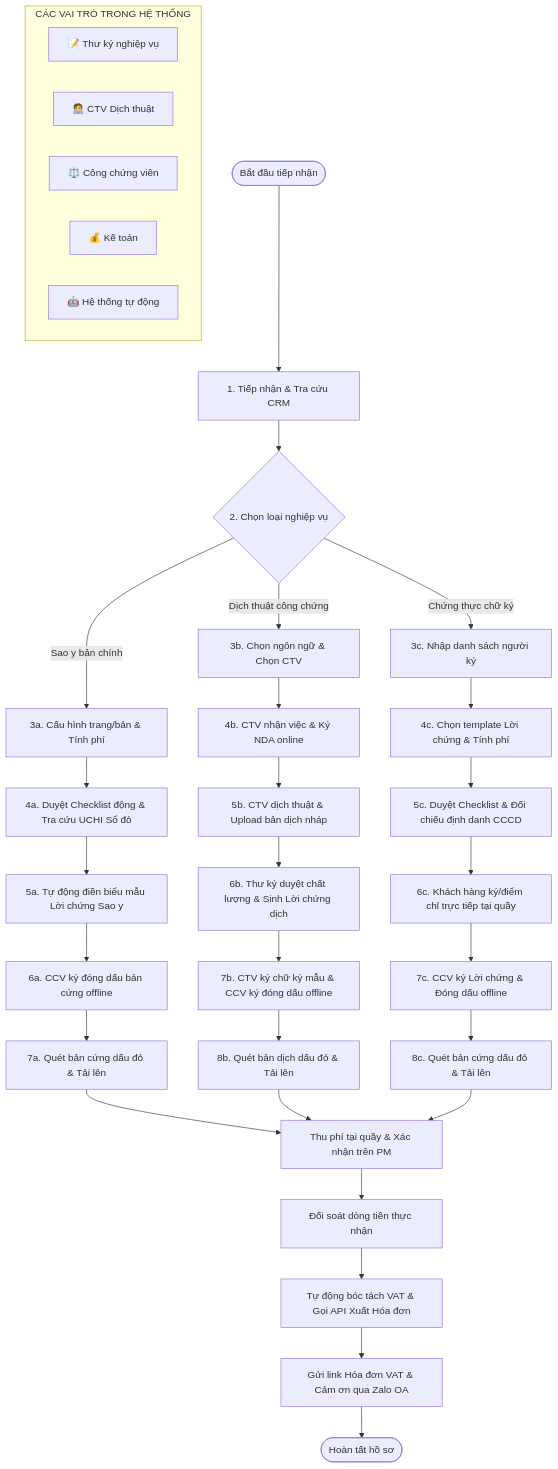
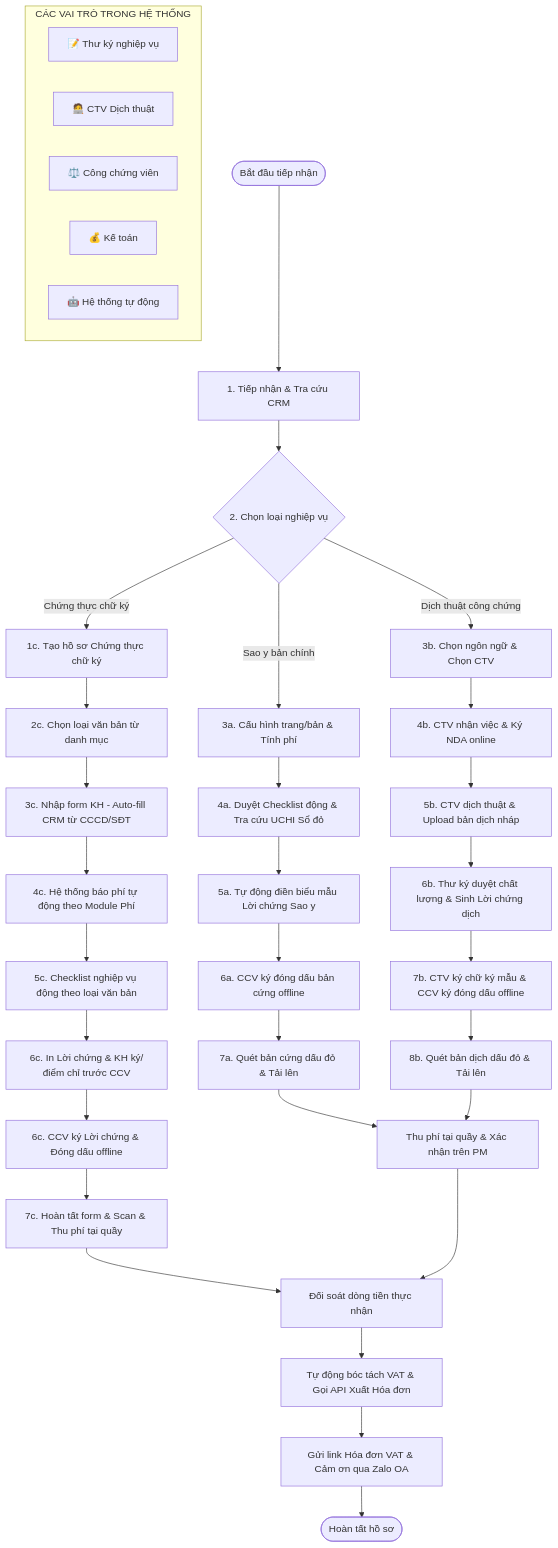
Before and after one commit to MinhHoang22/SRS_VPCC: the eighth of 8 diagrams in docs/SRS_VPCC.md, drawn with Mermaid.

Commit message:
docs: update requirements specification in SRS_VPCC.md

````diff
--- a/docs/SRS_VPCC.md
+++ b/docs/SRS_VPCC.md
@@ -500,48 +500,50 @@
 ```mermaid
 flowchart TD
     subgraph Roles ["CÁC VAI TRÒ TRONG HỆ THỐNG"]
         direction LR
         R_Sec["📝 Thư ký nghiệp vụ"]
         R_CTV["🧑‍💻 CTV Dịch thuật"]
         R_CCV["⚖️ Công chứng viên"]
         R_Acc["💰 Kế toán"]
         R_Sys["🤖 Hệ thống tự động"]
     end
 
     %% General Workflow Sequence
     Start([Bắt đầu tiếp nhận]) --> Input[1. Tiếp nhận & Tra cứu CRM]
     Input --> ChooseBranch{2. Chọn loại nghiệp vụ}
 
     %% Branch 1: Sao y
     ChooseBranch -- Sao y bản chính --> SY_Calc[3a. Cấu hình trang/bản & Tính phí]
     SY_Calc --> SY_Checklist[4a. Duyệt Checklist động & Tra cứu UCHI Sổ đỏ]
     SY_Checklist --> SY_Template[5a. Tự động điền biểu mẫu Lời chứng Sao y]
     SY_Template --> CCV_Sign_SY[6a. CCV ký đóng dấu bản cứng offline]
     CCV_Sign_SY --> SY_Scan[7a. Quét bản cứng dấu đỏ & Tải lên]
 
     %% Branch 2: Dịch thuật
     ChooseBranch -- Dịch thuật công chứng --> DT_Config[3b. Chọn ngôn ngữ & Chọn CTV]
     DT_Config --> DT_Assign[4b. CTV nhận việc & Ký NDA online]
     DT_Assign --> DT_Translate[5b. CTV dịch thuật & Upload bản dịch nháp]
     DT_Translate --> DT_Check[6b. Thư ký duyệt chất lượng & Sinh Lời chứng dịch]
     DT_Check --> CTV_Sign_DT[7b. CTV ký chữ ký mẫu & CCV ký đóng dấu offline]
     CTV_Sign_DT --> DT_Scan[8b. Quét bản dịch dấu đỏ & Tải lên]
 
-    %% Branch 3: Chứng thực chữ ký
-    ChooseBranch -- Chứng thực chữ ký --> CT_CRM[3c. Nhập danh sách người ký]
-    CT_CRM --> CT_Template[4c. Chọn template Lời chứng & Tính phí]
-    CT_Template --> CT_Checklist[5c. Duyệt Checklist & Đối chiếu định danh CCCD]
-    CT_Checklist --> CT_Sign[6c. Khách hàng ký/điểm chỉ trực tiếp tại quầy]
-    CT_Sign --> CCV_Sign_CT[7c. CCV ký Lời chứng & Đóng dấu offline]
-    CCV_Sign_CT --> CT_Scan[8c. Quét bản cứng dấu đỏ & Tải lên]
+    %% Branch 3: Chứng thực chữ ký (7 bước mới)
+    ChooseBranch -- Chứng thực chữ ký --> CT_Create[1c. Tạo hồ sơ Chứng thực chữ ký]
+    CT_Create --> CT_DocType[2c. Chọn loại văn bản từ danh mục]
+    CT_DocType --> CT_CRM[3c. Nhập form KH - Auto-fill CRM từ CCCD/SĐT]
+    CT_CRM --> CT_Fee[4c. Hệ thống báo phí tự động theo Module Phí]
+    CT_Fee --> CT_Checklist[5c. Checklist nghiệp vụ động theo loại văn bản]
+    CT_Checklist --> CT_Print[6c. In Lời chứng & KH ký/điểm chỉ trước CCV]
+    CT_Print --> CCV_Sign_CT[6c. CCV ký Lời chứng & Đóng dấu offline]
+    CCV_Sign_CT --> CT_Complete[7c. Hoàn tất form & Scan & Thu phí tại quầy]
 
     %% Common End Phase
     SY_Scan --> CollectFee[Thu phí tại quầy & Xác nhận trên PM]
     DT_Scan --> CollectFee
-    CT_Scan --> CollectFee
+    CT_Complete --> AccReconcile
 
     CollectFee --> AccReconcile[Đối soát dòng tiền thực nhận]
     AccReconcile --> SysInvoice[Tự động bóc tách VAT & Gọi API Xuất Hóa đơn]
     SysInvoice --> ZaloSend[Gửi link Hóa đơn VAT & Cảm ơn qua Zalo OA]
     ZaloSend --> EndNode([Hoàn tất hồ sơ])
 ```
````
